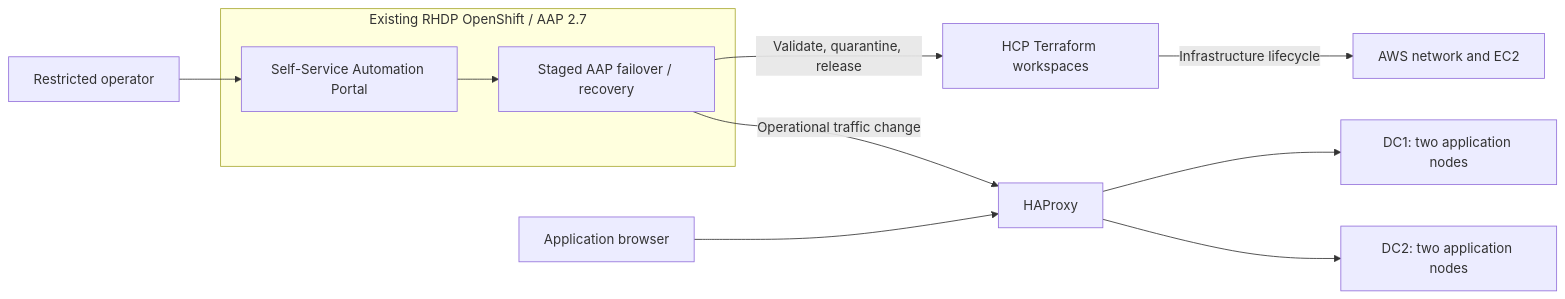
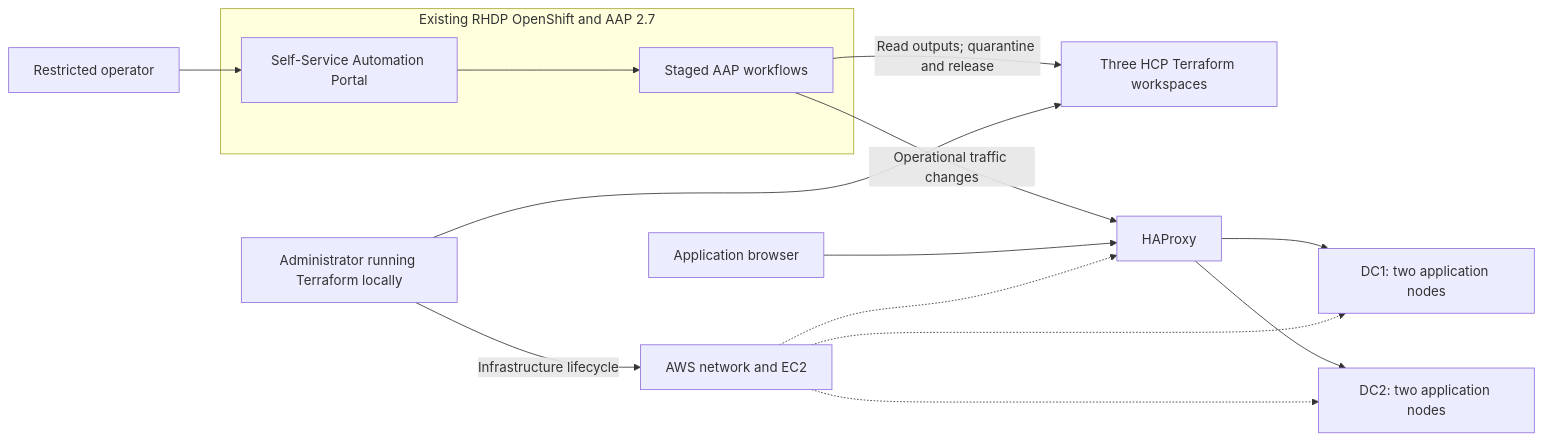
One commit to kpeacocke/aap-tfe-failover-demo changed the diagram in README.md. Above: the diagram before and after it, drawn with Mermaid. The commit also changed other lines of this file and 22 other files, not shown here.

````diff
--- a/README.md
+++ b/README.md
@@ -58,13 +52,17 @@
 ```mermaid
 flowchart LR
   User[Restricted operator] --> Portal[Self-Service Automation Portal]
-  subgraph RHDP[Existing RHDP OpenShift / AAP 2.7]
-    Portal --> AAP[Staged AAP failover / recovery]
+  subgraph RHDP[Existing RHDP OpenShift and AAP 2.7]
+    Portal --> AAP[Staged AAP workflows]
   end
-  AAP -->|Validate, quarantine, release| HCP[HCP Terraform workspaces]
-  HCP -->|Infrastructure lifecycle| AWS[AWS network and EC2]
-  AAP -->|Operational traffic change| HA[HAProxy]
+  AAP -->|Read outputs; quarantine and release| HCP[Three HCP Terraform workspaces]
+  Admin[Administrator running Terraform locally] --> HCP
+  Admin -->|Infrastructure lifecycle| AWS[AWS network and EC2]
+  AAP -->|Operational traffic changes| HA[HAProxy]
   Browser[Application browser] --> HA
   HA --> DC1[DC1: two application nodes]
   HA --> DC2[DC2: two application nodes]
+  AWS -.-> HA
+  AWS -.-> DC1
+  AWS -.-> DC2
 ```
````
